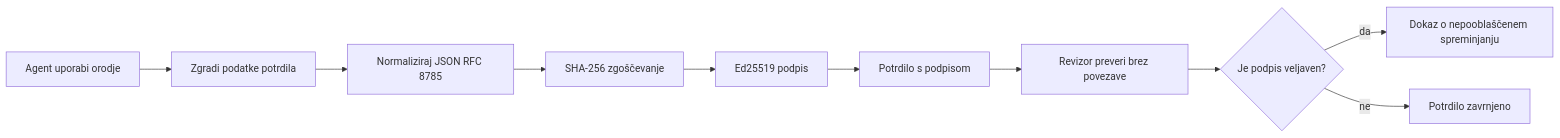
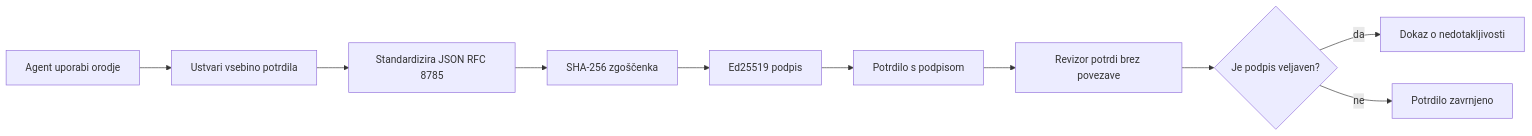
The first of 2 diagrams in translations/sl/18-securing-ai-agents/README.md (microsoft/ai-agents-for-beginners), drawn with Mermaid before and after one commit. The commit also changed other lines of this file and 93 other files, not shown here.

````diff
--- a/translations/sl/18-securing-ai-agents/README.md
+++ b/translations/sl/18-securing-ai-agents/README.md
@@ -51,12 +51,12 @@
 ```mermaid
 flowchart LR
-    A[Agent uporabi orodje] --> B[Zgradi podatke potrdila]
-    B --> C[Normaliziraj JSON RFC 8785]
-    C --> D[SHA-256 zgoščevanje]
+    A[Agent uporabi orodje] --> B[Ustvari vsebino potrdila]
+    B --> C[Standardizira JSON RFC 8785]
+    C --> D[SHA-256 zgoščenka]
     D --> E[Ed25519 podpis]
     E --> F[Potrdilo s podpisom]
-    F --> G[Revizor preveri brez povezave]
+    F --> G[Revizor potrdi brez povezave]
     G --> H{Je podpis veljaven?}
-    H -- da --> I[Dokaz o nepooblaščenem spreminjanju]
+    H -- da --> I[Dokaz o nedotakljivosti]
     H -- ne --> J[Potrdilo zavrnjeno]
 ```
````
